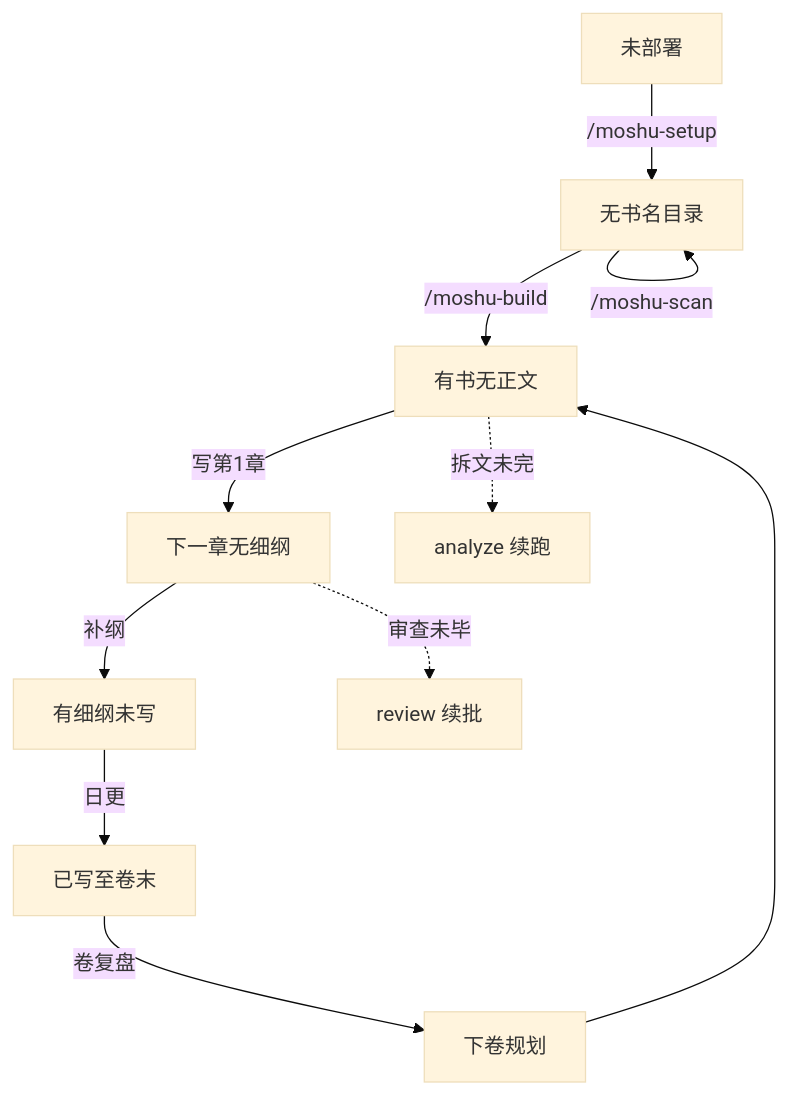
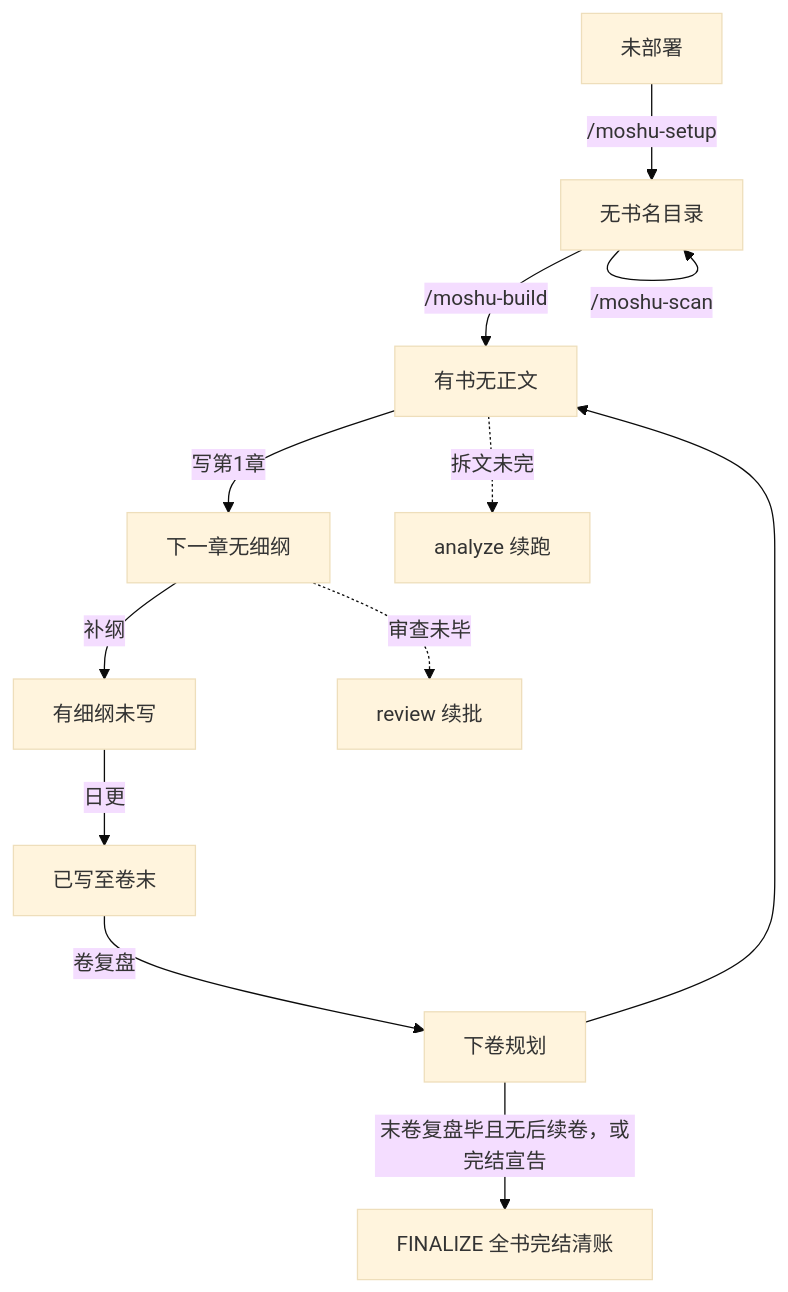
The second of 4 diagrams in docs/mo-shu项目-产品需求与详细设计文档（PRD+FSD）.md (Chained1001/mo-shu), drawn with Mermaid (base theme) before and after one commit. The commit also changed other lines of this file and 15 other files, not shown here.

````diff
--- a/docs/mo-shu项目-产品需求与详细设计文档（PRD+FSD）.md
+++ b/docs/mo-shu项目-产品需求与详细设计文档（PRD+FSD）.md
@@ -156,13 +156,14 @@
 ```mermaid
 flowchart TD
     S0[未部署] -->|/moshu-setup| S1[无书名目录]
     S1 -->|/moshu-scan| S1
     S1 -->|/moshu-build| S2[有书无正文]
     S2 -->|写第1章| S3[下一章无细纲]
     S3 -->|补纲| S4[有细纲未写]
     S4 -->|日更| S5[已写至卷末]
     S5 -->|卷复盘| S6[下卷规划]
     S6 --> S2
+    S6 -->|末卷复盘毕且无后续卷，或完结宣告| F[FINALIZE 全书完结清账]
     S2 -.->|拆文未完| A[analyze 续跑]
     S3 -.->|审查未毕| V[review 续批]
 ```
````
